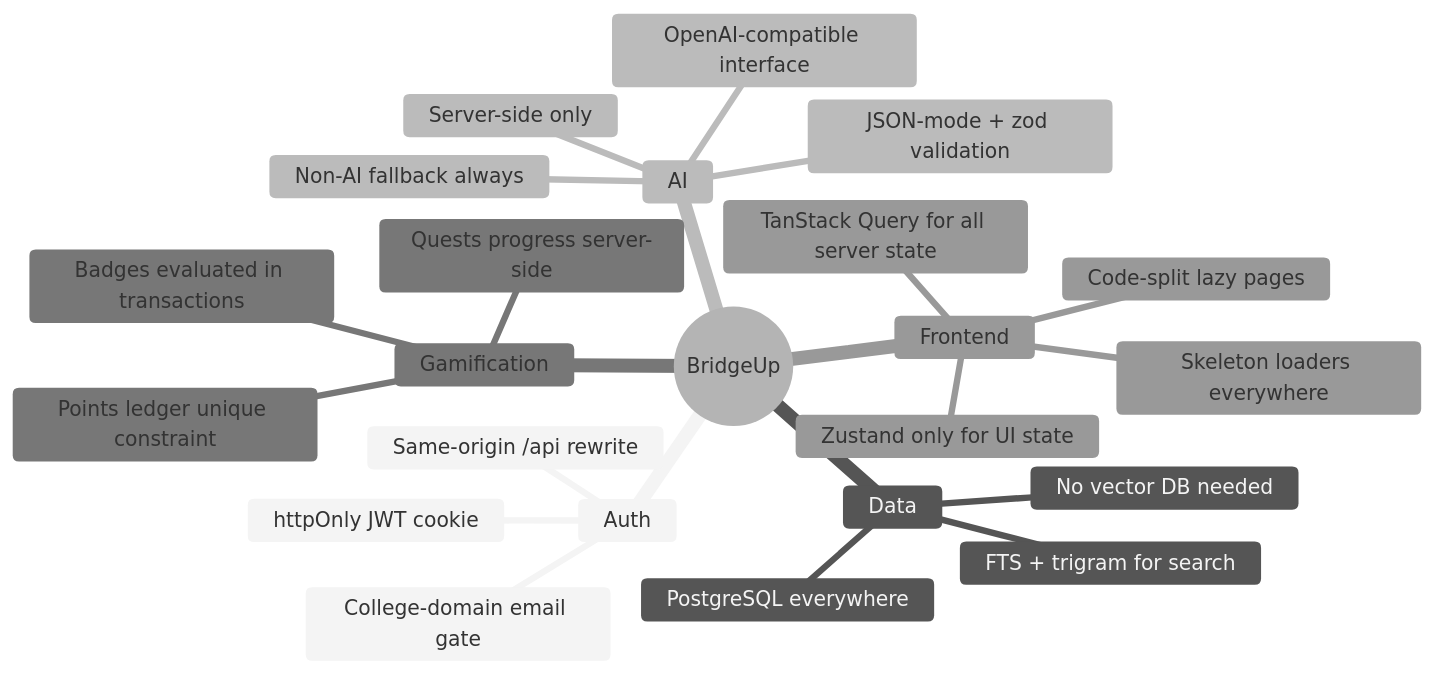
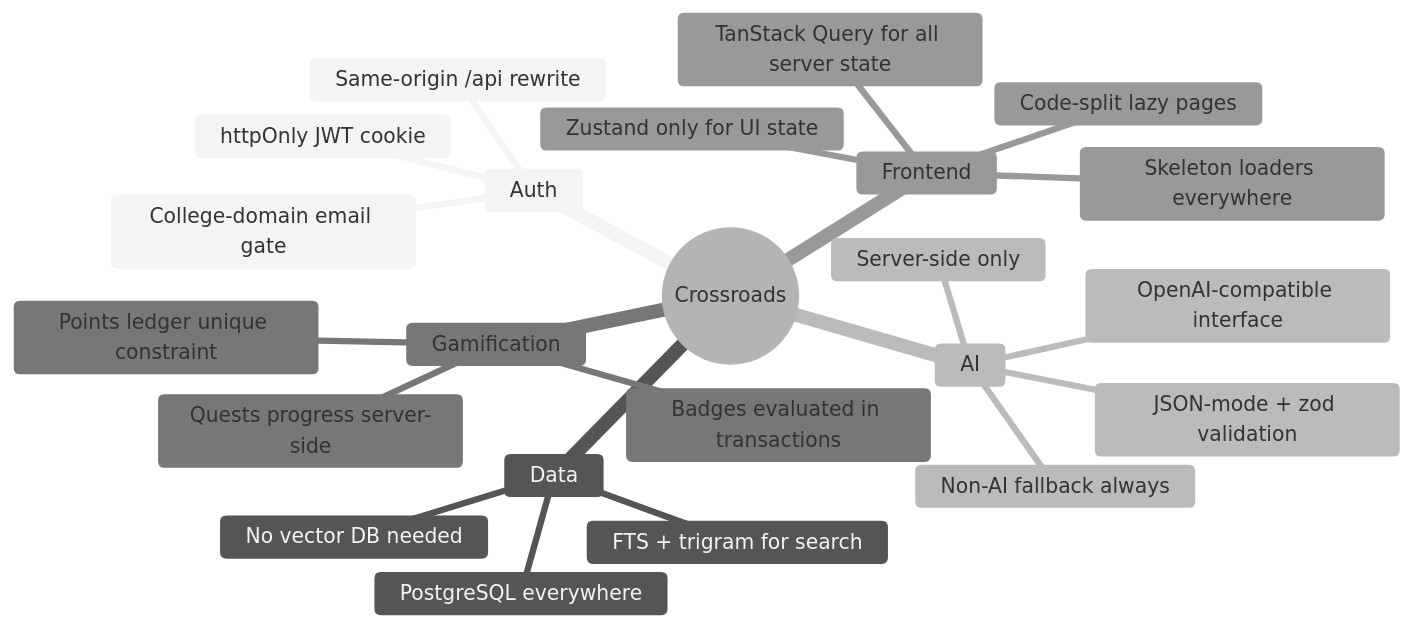
One commit to prajwal-priyadarshan/CrossRoads changed the fourth of 4 diagrams in README.md. Above: the diagram before and after it, drawn with Mermaid (neutral theme). The commit also changed other lines of this file and 170 other files, not shown here.

First line of the commit message:
chore: rename project from BridgeUp to Crossroads

````diff
--- a/README.md
+++ b/README.md
@@ -257,26 +257,26 @@
 ```mermaid
 mindmap
-  root((BridgeUp))
+  root((Crossroads))
     Auth
       College-domain email gate
       httpOnly JWT cookie
       Same-origin /api rewrite
     Data
       PostgreSQL everywhere
       FTS + trigram for search
       No vector DB needed
     AI
       Server-side only
       OpenAI-compatible interface
       Non-AI fallback always
       JSON-mode + zod validation
     Gamification
       Points ledger unique constraint
       Badges evaluated in transactions
       Quests progress server-side
     Frontend
       TanStack Query for all server state
       Zustand only for UI state
       Code-split lazy pages
       Skeleton loaders everywhere
 ```
````
